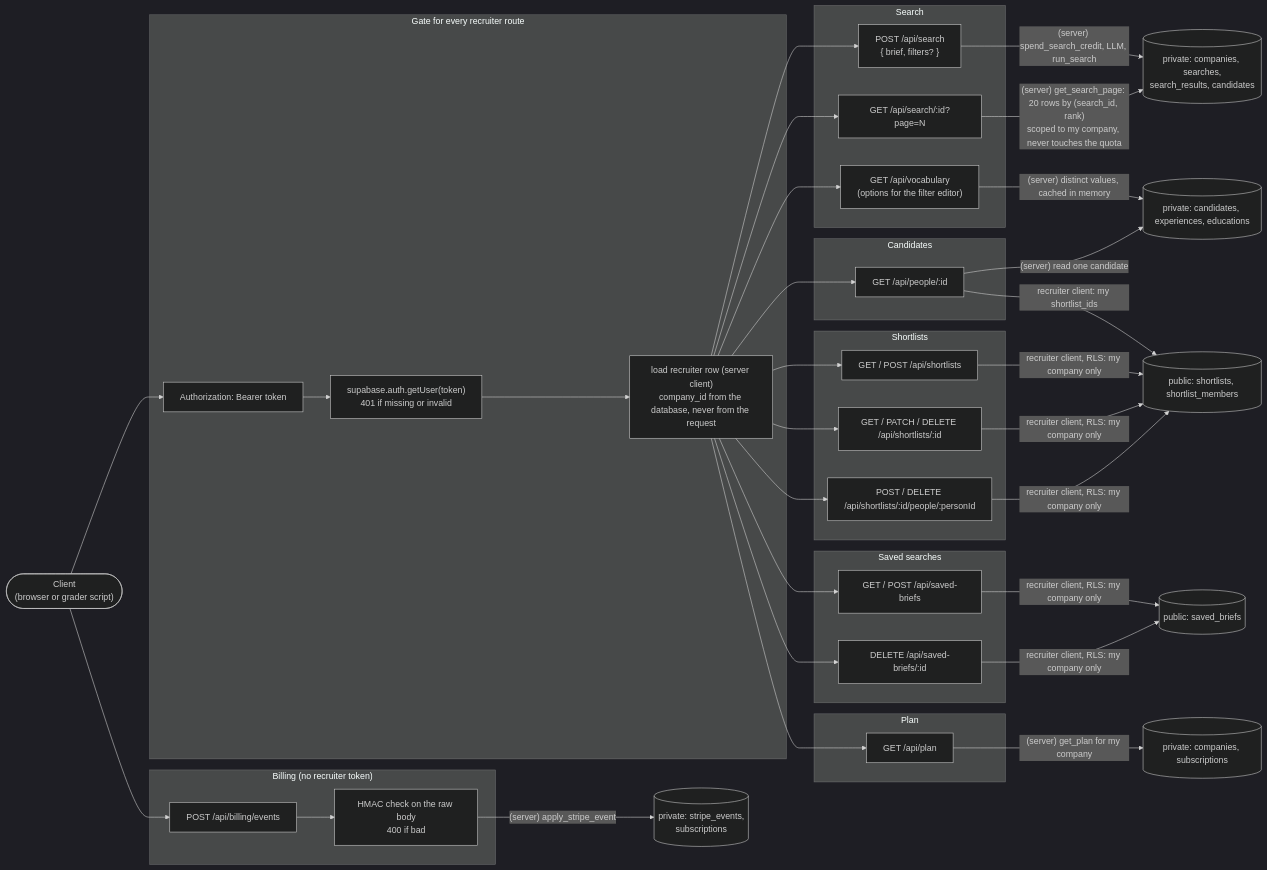
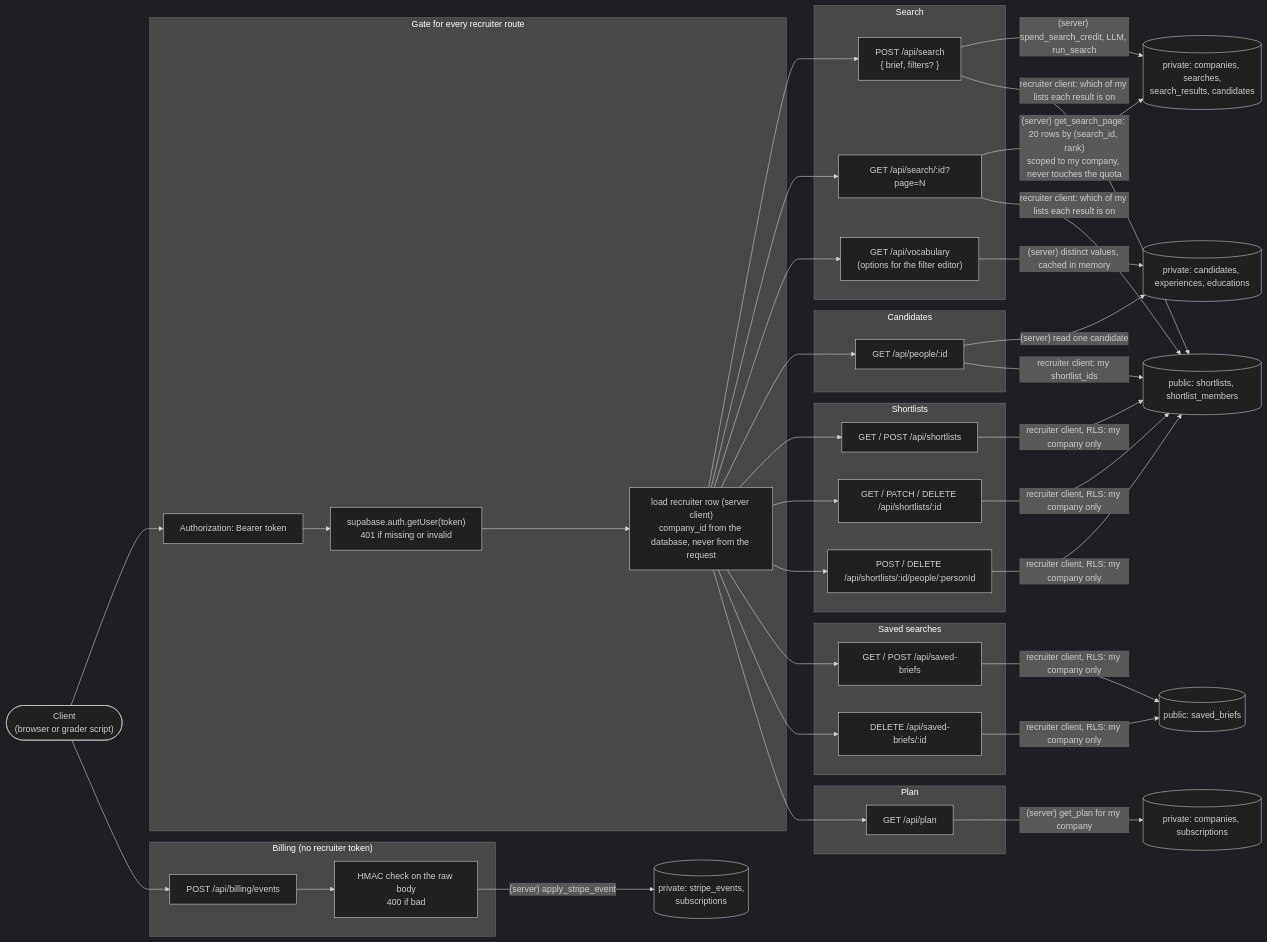
The second of 6 diagrams in docs/ARCHITECTURE.md (Shweta488/candidate-search), drawn with Mermaid (dark theme) before and after one commit. The commit also changed other lines of this file and 15 other files, not shown here.

````diff
--- a/docs/ARCHITECTURE.md
+++ b/docs/ARCHITECTURE.md
@@ -198,54 +198,55 @@
 ```mermaid
 %% LLD: every API request, how it is authorised, and what it touches.
 %% recruiter client = publishable key + caller's token, every query runs under RLS
 %% server client = secret key, used for the paths marked (server). See LLD section 4.
 flowchart LR
     C(["Client<br/>(browser or grader script)"])
 
     subgraph Gate["Gate for every recruiter route"]
         G1["Authorization: Bearer token"]
         G2["supabase.auth.getUser(token)<br/>401 if missing or invalid"]
         G3["load recruiter row (server client)<br/>company_id from the database, never from the request"]
         G1 --> G2 --> G3
     end
 
     subgraph Search["Search"]
         S1["POST /api/search<br/>{ brief, filters? }"]
         S2["GET /api/search/:id?page=N"]
         S3["GET /api/vocabulary<br/>(options for the filter editor)"]
     end
     subgraph People["Candidates"]
         P1["GET /api/people/:id"]
     end
     subgraph Lists["Shortlists"]
         L1["GET / POST /api/shortlists"]
         L2["GET / PATCH / DELETE /api/shortlists/:id"]
         L3["POST / DELETE /api/shortlists/:id/people/:personId"]
     end
     subgraph Saved["Saved searches"]
         B1["GET / POST /api/saved-briefs"]
         B2["DELETE /api/saved-briefs/:id"]
     end
     subgraph Plan["Plan"]
         PL["GET /api/plan"]
     end
     subgraph Billing["Billing (no recruiter token)"]
         W1["POST /api/billing/events"]
         W2["HMAC check on the raw body<br/>400 if bad"]
         W1 --> W2
     end
 
     C --> G1
     C --> W1
     G3 --> S1 & S2 & S3 & P1 & L1 & L2 & L3 & B1 & B2 & PL
 
     S1 -- "(server) spend_search_credit, LLM, run_search" --> T1[("private: companies, searches,<br/>search_results, candidates")]
     S2 -- "(server) get_search_page: 20 rows by (search_id, rank)<br/>scoped to my company, never touches the quota" --> T1
+    S1 & S2 -- "recruiter client: which of my lists each result is on" --> T3
     S3 -- "(server) distinct values, cached in memory" --> T2
     P1 -- "(server) read one candidate" --> T2[("private: candidates, experiences, educations")]
     P1 -- "recruiter client: my shortlist_ids" --> T3
     L1 & L2 & L3 -- "recruiter client, RLS: my company only" --> T3[("public: shortlists, shortlist_members")]
     B1 & B2 -- "recruiter client, RLS: my company only" --> T4[("public: saved_briefs")]
     PL -- "(server) get_plan for my company" --> T5[("private: companies, subscriptions")]
     W2 -- "(server) apply_stripe_event" --> T6[("private: stripe_events,<br/>subscriptions")]
 ```
````
